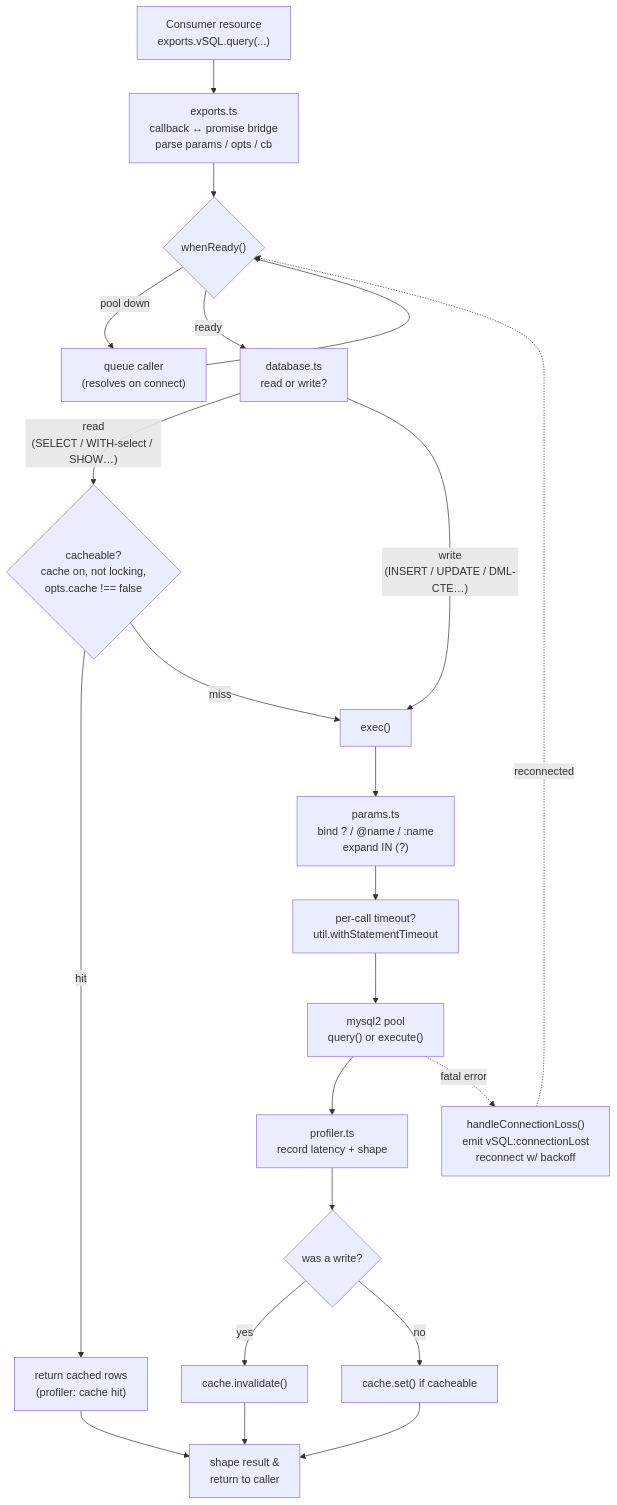
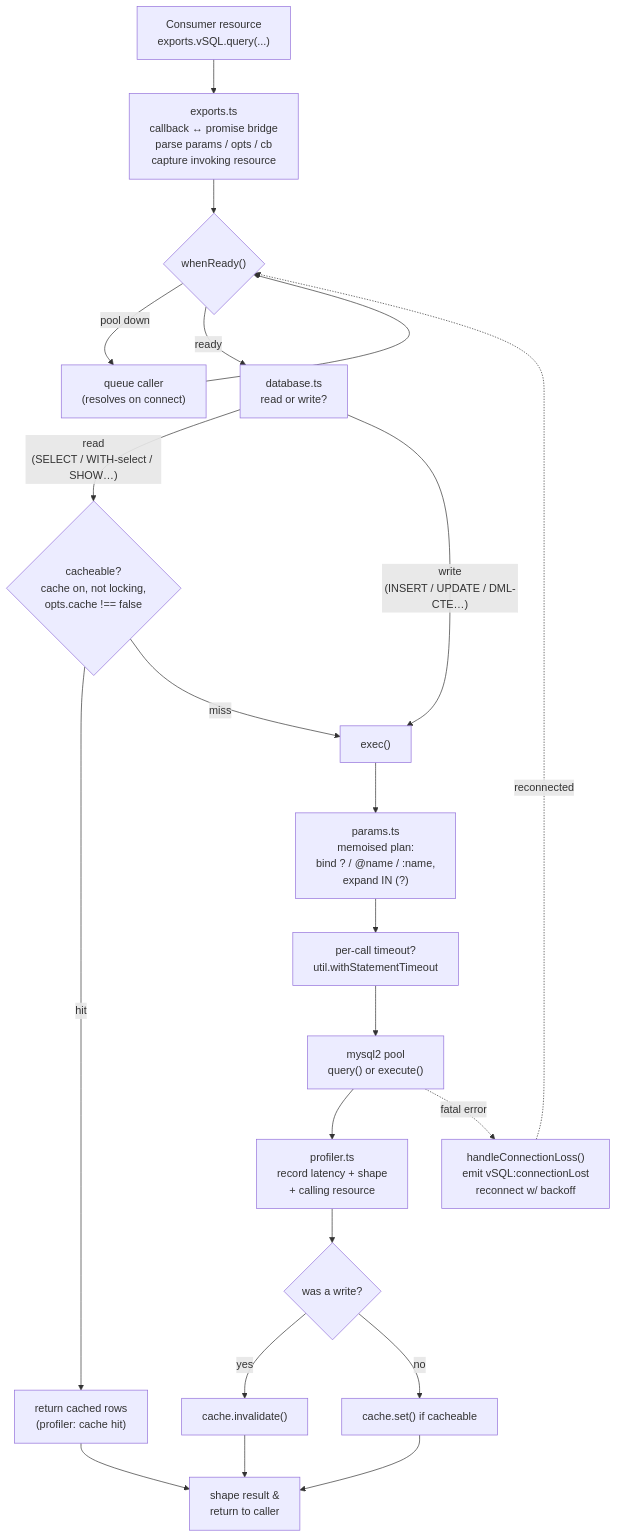
One commit to valerisn/vSQL changed the diagram in docs/architecture.md. Above: the diagram before and after it, drawn with Mermaid. The commit also changed other lines of this file, not shown here.

First line of the commit message:
docs: expand and restructure Architecture

````diff
--- a/docs/architecture.md
+++ b/docs/architecture.md
@@ -7,27 +16,27 @@
 ```mermaid
 flowchart TD
-    A["Consumer resource<br/>exports.vSQL.query(...)"] --> B["exports.ts<br/>callback ↔ promise bridge<br/>parse params / opts / cb"]
+    A["Consumer resource<br/>exports.vSQL.query(...)"] --> B["exports.ts<br/>callback ↔ promise bridge<br/>parse params / opts / cb<br/>capture invoking resource"]
     B --> C{"whenReady()"}
     C -- "pool down" --> C1["queue caller<br/>(resolves on connect)"]
     C1 --> C
     C -- "ready" --> D["database.ts<br/>read or write?"]
 
     D -- "read<br/>(SELECT / WITH-select / SHOW…)" --> E{"cacheable?<br/>cache on, not locking,<br/>opts.cache !== false"}
     E -- "hit" --> F["return cached rows<br/>(profiler: cache hit)"]
     E -- "miss" --> G["exec()"]
     D -- "write<br/>(INSERT / UPDATE / DML-CTE…)" --> G
 
-    G --> H["params.ts<br/>bind ? / @name / :name<br/>expand IN (?)"]
+    G --> H["params.ts<br/>memoised plan:<br/>bind ? / @name / :name,<br/>expand IN (?)"]
     H --> I["per-call timeout?<br/>util.withStatementTimeout"]
     I --> J["mysql2 pool<br/>query() or execute()"]
-    J --> K["profiler.ts<br/>record latency + shape"]
+    J --> K["profiler.ts<br/>record latency + shape<br/>+ calling resource"]
     K --> L{"was a write?"}
     L -- "yes" --> M["cache.invalidate()"]
     L -- "no" --> N["cache.set() if cacheable"]
     M --> O["shape result &<br/>return to caller"]
     N --> O
     F --> O
 
     J -. "fatal error" .-> P["handleConnectionLoss()<br/>emit vSQL:connectionLost<br/>reconnect w/ backoff"]
     P -. "reconnected" .-> C
 ```
````
